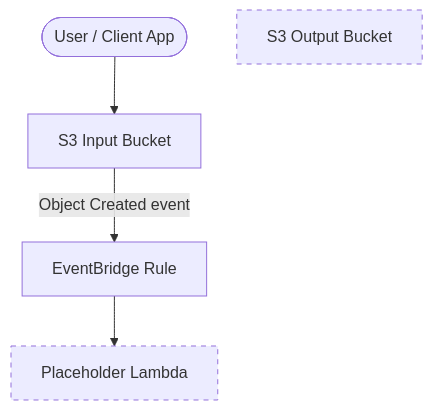
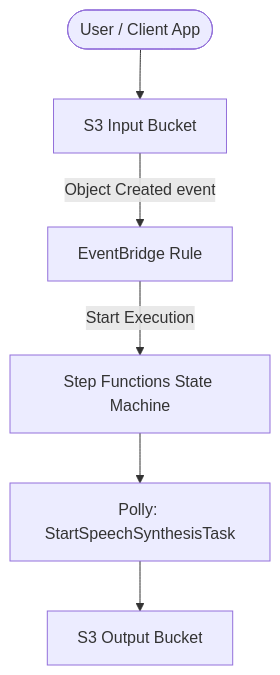
One commit to obstreperous-ai/cdk-sleep-ts-kiro changed the first of 2 diagrams in ARCHITECTURE.md. Above: the diagram before and after it, drawn with Mermaid. The commit also changed other lines of this file and 1 other file, not shown here.

Commit message:
docs: update ARCHITECTURE.md with Step Functions and Polly integration

````diff
--- a/ARCHITECTURE.md
+++ b/ARCHITECTURE.md
@@ -18,10 +19,8 @@
 ```mermaid
 flowchart TD
     User([User / Client App]) --> S3Input[S3 Input Bucket]
     S3Input -->|Object Created event| EB[EventBridge Rule]
-    EB --> PlaceholderLambda[Placeholder Lambda]
-    S3Output[S3 Output Bucket]
-
-    style PlaceholderLambda stroke-dasharray: 5 5
-    style S3Output stroke-dasharray: 5 5
+    EB -->|Start Execution| SFN[Step Functions State Machine]
+    SFN --> PollyTask[Polly: StartSpeechSynthesisTask]
+    PollyTask --> S3Output[S3 Output Bucket]
 ```
````
